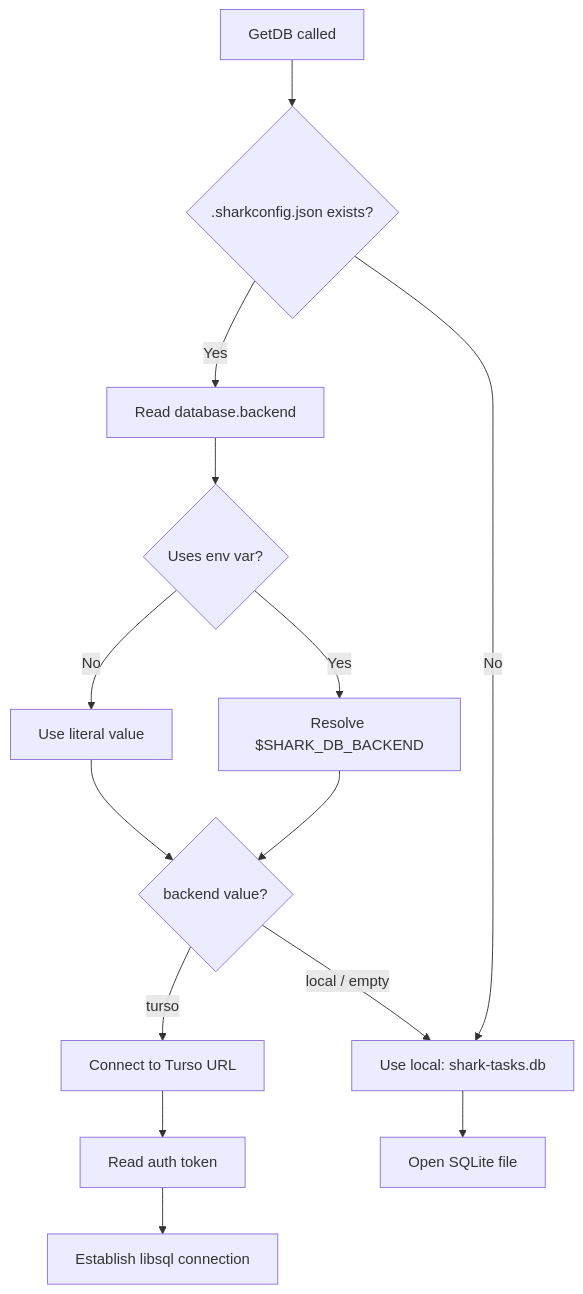
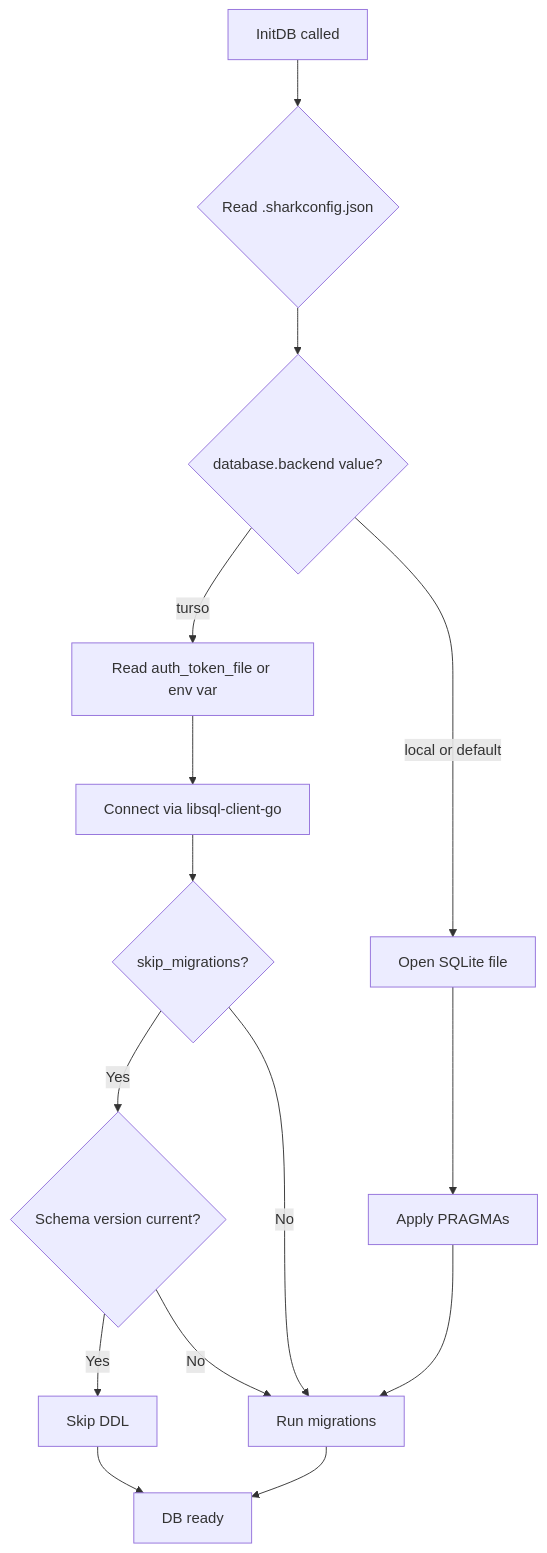
Before and after one commit to jwwelbor/shark-task-manager: the sixth of 8 diagrams in brownfield-docs/behavior/decision-logic.md, drawn with Mermaid. The commit also changed other lines of this file and 47 other files, not shown here.

````diff
--- a/brownfield-docs/behavior/decision-logic.md
+++ b/brownfield-docs/behavior/decision-logic.md
@@ -56,17 +96,17 @@
 ```mermaid
 flowchart TD
-    START[GetDB called] --> CONFIG{.sharkconfig.json exists?}
-    CONFIG -->|No| LOCAL[Use local: shark-tasks.db]
-    CONFIG -->|Yes| READ[Read database.backend]
-    READ --> ENV{Uses env var?}
-    ENV -->|Yes| RESOLVE[Resolve $SHARK_DB_BACKEND]
-    ENV -->|No| VALUE[Use literal value]
-    RESOLVE --> CHECK
-    VALUE --> CHECK
-    CHECK{backend value?}
-    CHECK -->|"turso"| TURSO[Connect to Turso URL]
-    CHECK -->|"local" / empty| LOCAL
-    TURSO --> AUTH[Read auth token]
-    AUTH --> CONNECT[Establish libsql connection]
-    LOCAL --> OPEN[Open SQLite file]
+    A[InitDB called] --> B{Read .sharkconfig.json}
+    B --> C{database.backend value?}
+    C -->|"turso"| D[Read auth_token_file or env var]
+    D --> E[Connect via libsql-client-go]
+    E --> F{skip_migrations?}
+    F -->|Yes| G{Schema version current?}
+    G -->|Yes| H[Skip DDL]
+    G -->|No| I[Run migrations]
+    F -->|No| I
+    C -->|"local" or default| J[Open SQLite file]
+    J --> K[Apply PRAGMAs]
+    K --> I
+    I --> L[DB ready]
+    H --> L
 ```
````
